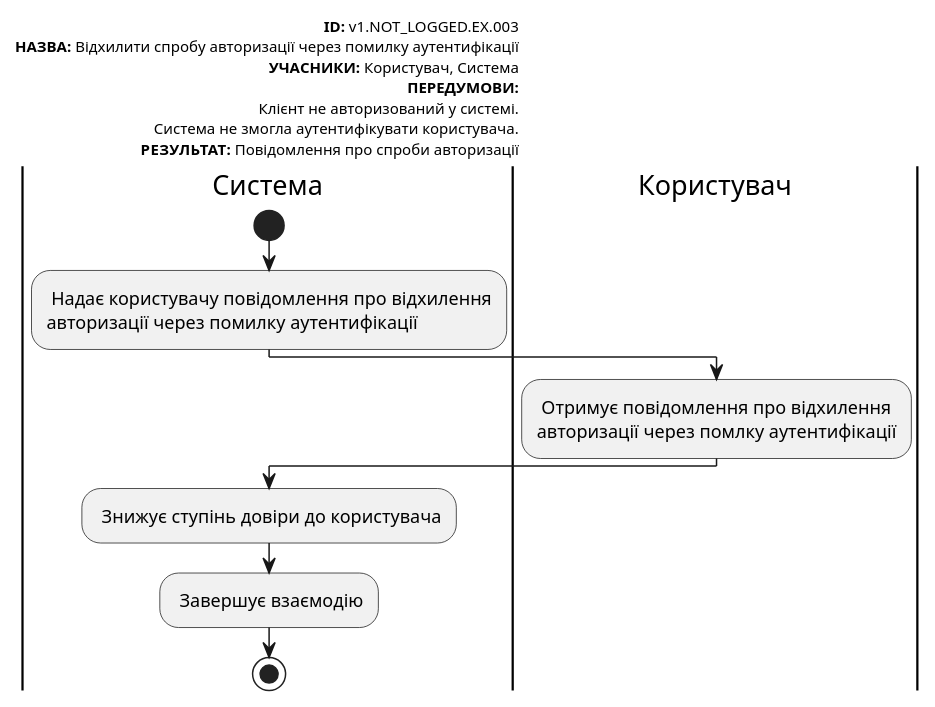
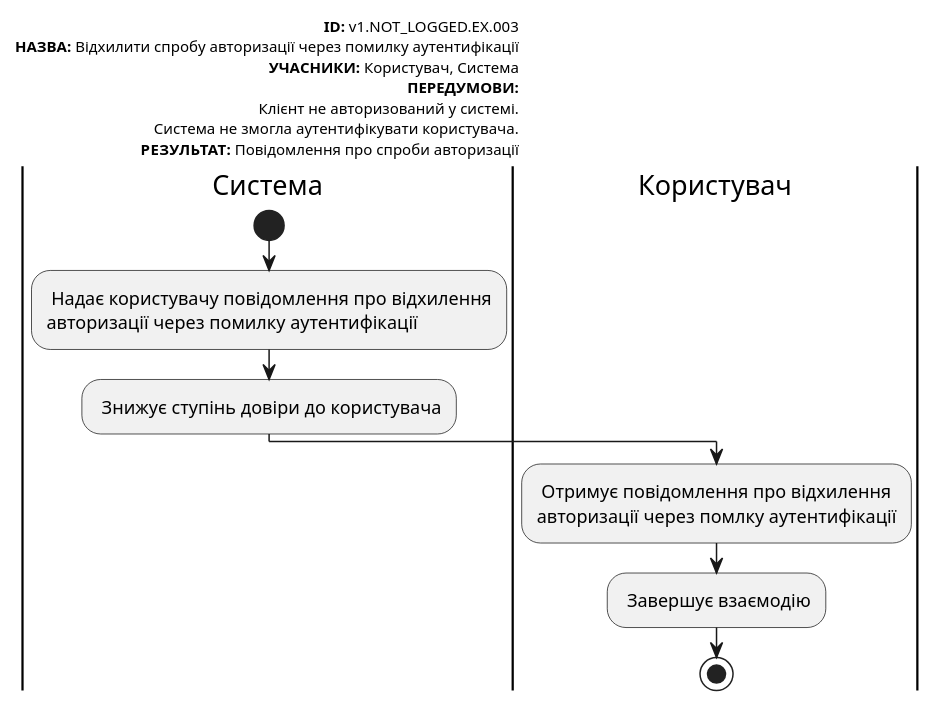
Diagram 18 of 18 in docs/use cases/README.md (Znskiy/survey-expert), drawn with PlantUML before and after one commit. The commit also changed other lines of this file, not shown here.

```diff
--- a/docs/use cases/README.md
+++ b/docs/use cases/README.md
@@ -979,28 +959,25 @@
 @startuml
 
     left header
          <font color=000 size=10><b>ID:</b> v1.NOT_LOGGED.EX.003
          <font color=000 size=10><b>НАЗВА:</b> Відхилити спробу авторизації через помилку аутентифікації
          <font color=000 size=10><b>УЧАСНИКИ:</b> Користувач, Система
          <font color=000 size=10><b>ПЕРЕДУМОВИ:</b>
          <font color=000 size=10>Клієнт не авторизований у системі.
          <font color=000 size=10>Система не змогла аутентифікувати користувача.
          <font color=000 size=10><b>РЕЗУЛЬТАТ:</b> Повідомлення про спроби авторизації
      end header
 
      |Система|
          start
          : Надає користувачу повідомлення про відхилення
-         авторизації через помилку аутентифікації;
-
+         авторизації через помилку аутентифікації;  
+         : Знижує ступінь довіри до користувача;  
+             
      |Користувач|
          : Отримує повідомлення про відхилення
          авторизації через помлку аутентифікації;
-
-     |Система|
-         : Знижує ступінь довіри до користувача;
-
          : Завершує взаємодію;
          stop;
 
 @enduml
```
